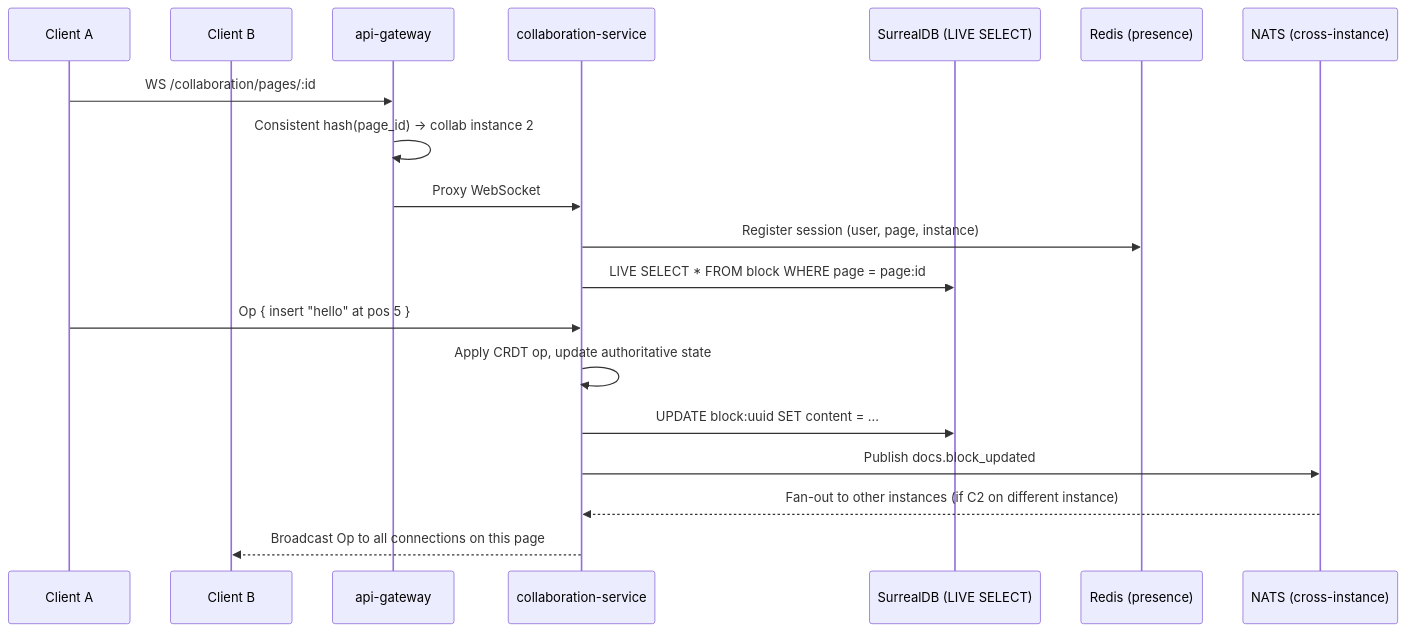
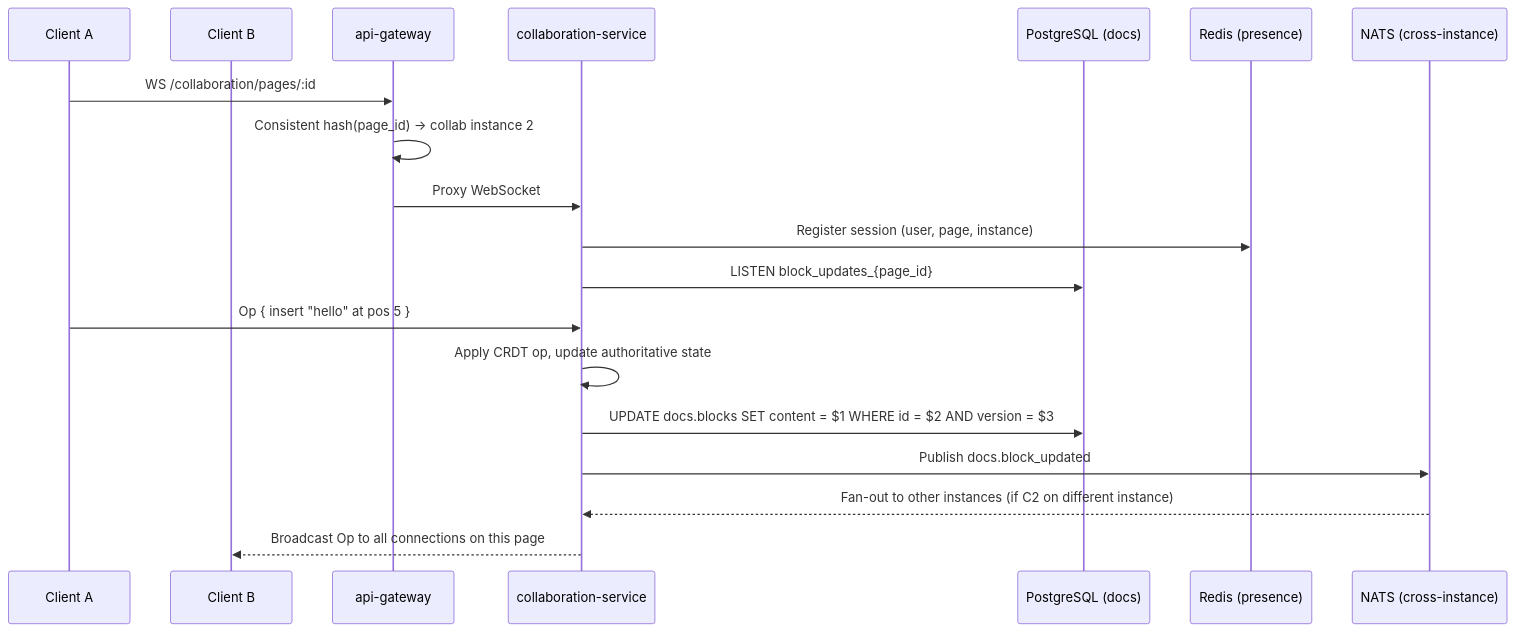
The fourth of 4 diagrams in docs/architecture/ARCHITECTURE.md (genuinebnt/bittree), drawn with Mermaid before and after one commit. The commit also changed other lines of this file and 10 other files, not shown here.

````diff
--- a/docs/architecture/ARCHITECTURE.md
+++ b/docs/architecture/ARCHITECTURE.md
@@ -183,23 +183,23 @@
 ```mermaid
 sequenceDiagram
     participant C1 as Client A
     participant C2 as Client B
     participant GW as api-gateway
     participant COLLAB as collaboration-service
-    participant DB as SurrealDB (LIVE SELECT)
+    participant DB as PostgreSQL (docs)
     participant REDIS as Redis (presence)
     participant NATS as NATS (cross-instance)
 
     C1->>GW: WS /collaboration/pages/:id
     GW->>GW: Consistent hash(page_id) → collab instance 2
     GW->>COLLAB: Proxy WebSocket
     COLLAB->>REDIS: Register session (user, page, instance)
-    COLLAB->>DB: LIVE SELECT * FROM block WHERE page = page:id
+    COLLAB->>DB: LISTEN block_updates_{page_id}
 
     C1->>COLLAB: Op { insert "hello" at pos 5 }
     COLLAB->>COLLAB: Apply CRDT op, update authoritative state
-    COLLAB->>DB: UPDATE block:uuid SET content = ...
+    COLLAB->>DB: UPDATE docs.blocks SET content = $1 WHERE id = $2 AND version = $3
     COLLAB->>NATS: Publish docs.block_updated
     NATS-->>COLLAB: Fan-out to other instances (if C2 on different instance)
     COLLAB-->>C2: Broadcast Op to all connections on this page
 ```
````
